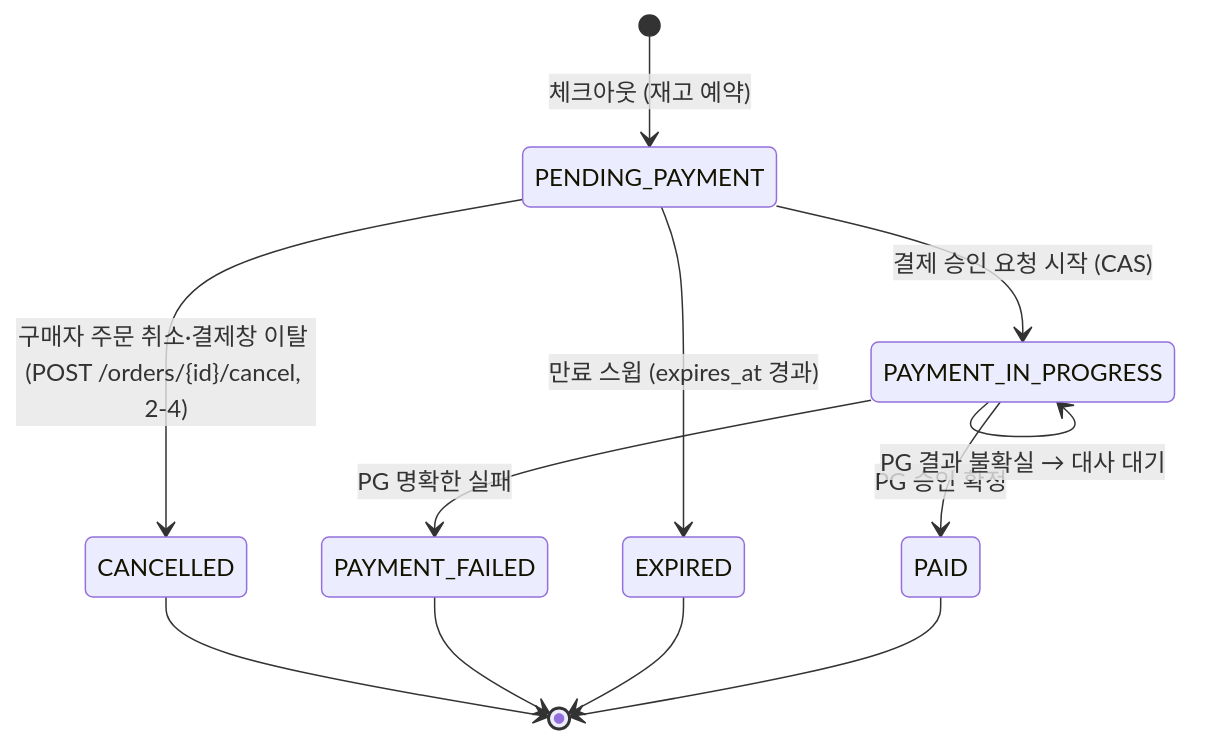
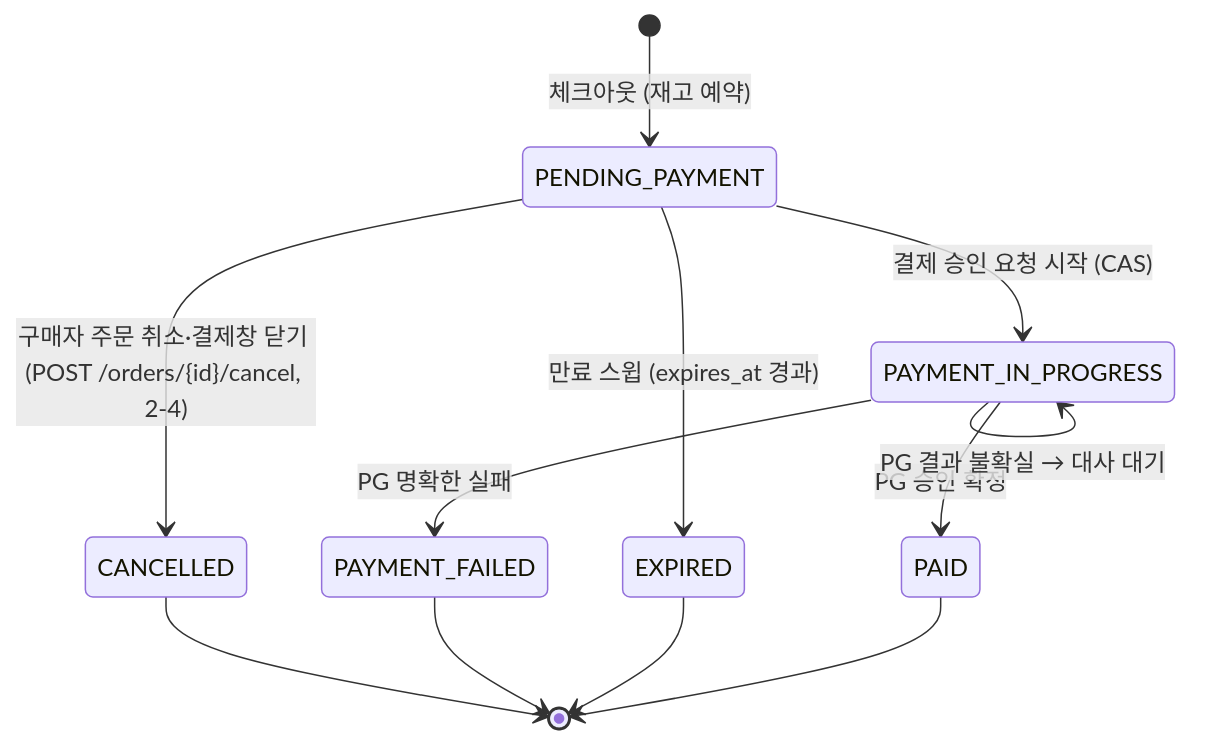
Before and after one commit to 95twan/myroutine-v2: the first of 9 diagrams in docs/02-design/04-state-machines.md, drawn with Mermaid. The commit also changed 7 other files, not shown here.

````diff
--- a/docs/02-design/04-state-machines.md
+++ b/docs/02-design/04-state-machines.md
@@ -20,14 +20,14 @@
 ```mermaid
 stateDiagram-v2
   [*] --> PENDING_PAYMENT: 체크아웃 (재고 예약)
   PENDING_PAYMENT --> PAYMENT_IN_PROGRESS: 결제 승인 요청 시작 (CAS)
   PENDING_PAYMENT --> EXPIRED: 만료 스윕 (expires_at 경과)
-  PENDING_PAYMENT --> CANCELLED: 구매자 주문 취소·결제창 이탈 (POST /orders/{id}/cancel, 2-4)
+  PENDING_PAYMENT --> CANCELLED: 구매자 주문 취소·결제창 닫기 (POST /orders/{id}/cancel, 2-4)
   PAYMENT_IN_PROGRESS --> PAID: PG 승인 확정
   PAYMENT_IN_PROGRESS --> PAYMENT_FAILED: PG 명확한 실패
   PAYMENT_IN_PROGRESS --> PAYMENT_IN_PROGRESS: PG 결과 불확실 → 대사 대기
   PAID --> [*]
   EXPIRED --> [*]
   PAYMENT_FAILED --> [*]
   CANCELLED --> [*]
 ```
````
